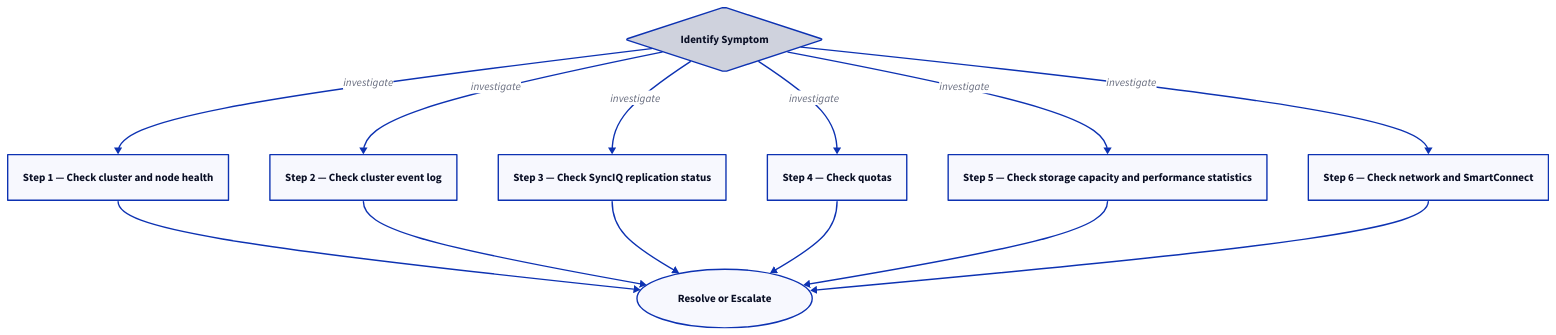
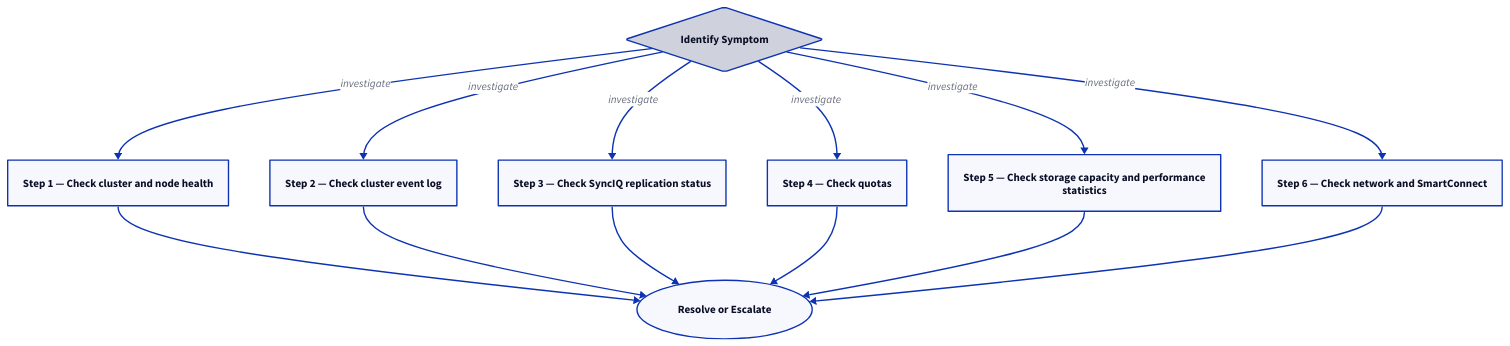
Before and after one commit to canast01/chris-kb: the second of 2 diagrams in docs/storage/dell/powerscale/troubleshooting/diagnostics.md, drawn with D2. The commit also changed other lines of this file and 192 other files, not shown here.

````diff
--- a/docs/storage/dell/powerscale/troubleshooting/diagnostics.md
+++ b/docs/storage/dell/powerscale/troubleshooting/diagnostics.md
@@ -64,25 +64,25 @@
 ```d2
 direction: down
 
 symptom: Identify Symptom {shape: diamond}
 step_1_check_cluster_and_node_health: "Step 1 — Check cluster and node health" {shape: rectangle}
 step_2_check_cluster_event_log: "Step 2 — Check cluster event log" {shape: rectangle}
 step_3_check_synciq_replication_stat: "Step 3 — Check SyncIQ replication status" {shape: rectangle}
 step_4_check_quotas: "Step 4 — Check quotas" {shape: rectangle}
-step_5_check_storage_capacity_and_pe: "Step 5 — Check storage capacity and performance statistics" {shape: rectangle}
+step_5_check_storage_capacity_and_pe: "Step 5 — Check storage capacity and performance\nstatistics" {shape: rectangle}
 step_6_check_network_and_smartconnec: "Step 6 — Check network and SmartConnect" {shape: rectangle}
 resolution: Resolve or Escalate {shape: oval}
 
 symptom -> step_1_check_cluster_and_node_health: investigate
 symptom -> step_2_check_cluster_event_log: investigate
 symptom -> step_3_check_synciq_replication_stat: investigate
 symptom -> step_4_check_quotas: investigate
 symptom -> step_5_check_storage_capacity_and_pe: investigate
 symptom -> step_6_check_network_and_smartconnec: investigate
 step_1_check_cluster_and_node_health -> resolution
 step_2_check_cluster_event_log -> resolution
 step_3_check_synciq_replication_stat -> resolution
 step_4_check_quotas -> resolution
 step_5_check_storage_capacity_and_pe -> resolution
 step_6_check_network_and_smartconnec -> resolution
 ```
````
